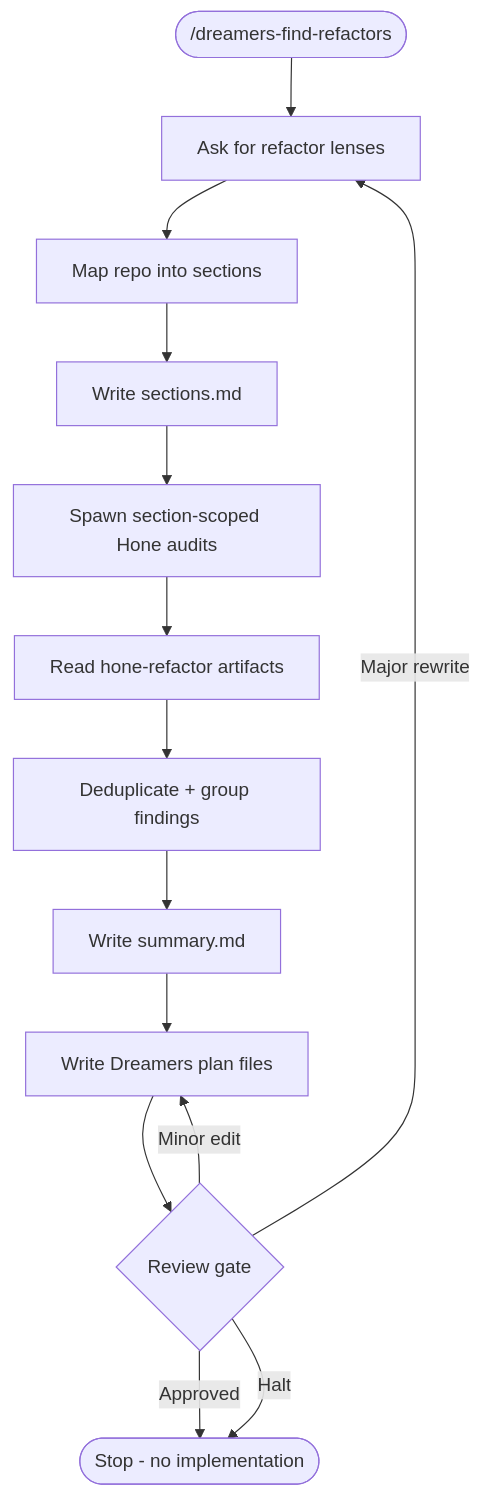
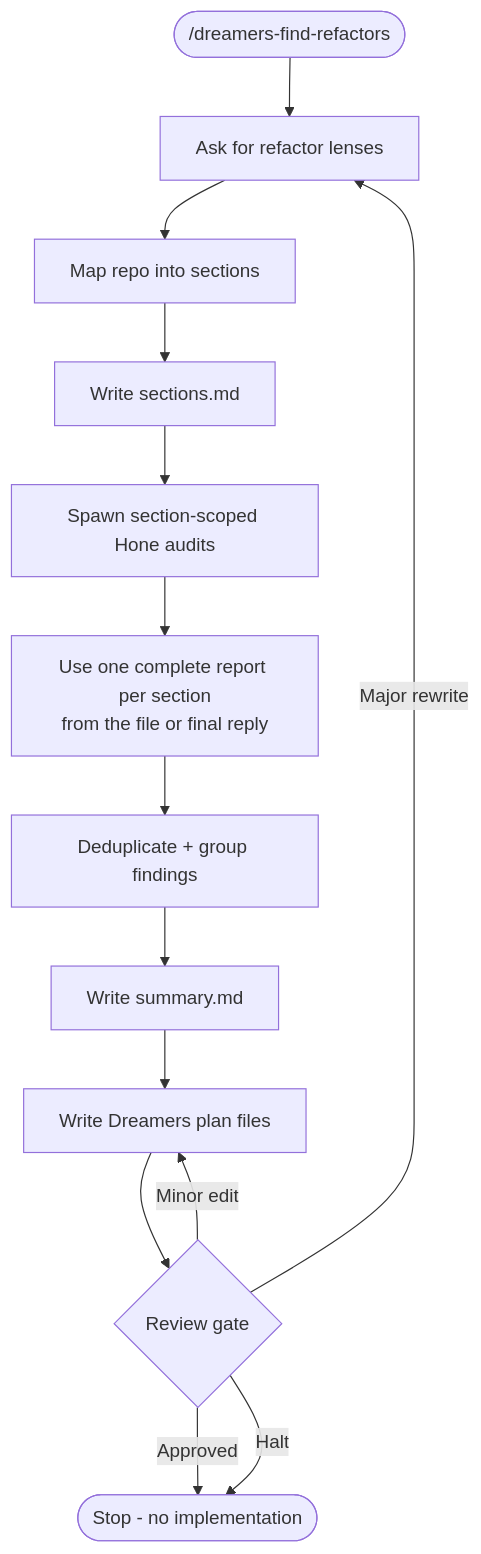
One commit to mrStorrs/dreamers-copilot changed the diagram in .github/skills/dreamers-find-refactors/readme.md. Above: the diagram before and after it, drawn with Mermaid. The commit also changed other lines of this file and 34 other files, not shown here.

````diff
--- a/.github/skills/dreamers-find-refactors/readme.md
+++ b/.github/skills/dreamers-find-refactors/readme.md
@@ -5,16 +5,16 @@
 ```mermaid
 flowchart TD
     Start(["/dreamers-find-refactors"]) --> Lens["Ask for refactor lenses"]
     Lens --> Section["Map repo into sections"]
     Section --> Manifest["Write sections.md"]
     Manifest --> Hone["Spawn section-scoped Hone audits"]
-    Hone --> Artifacts["Read hone-refactor artifacts"]
+    Hone --> Artifacts["Use one complete report per section<br/>from the file or final reply"]
     Artifacts --> Synthesis["Deduplicate + group findings"]
     Synthesis --> Summary["Write summary.md"]
     Summary --> Plans["Write Dreamers plan files"]
     Plans --> Gate{"Review gate"}
     Gate -->|Minor edit| Plans
     Gate -->|Major rewrite| Lens
     Gate -->|Approved| Stop(["Stop - no implementation"])
     Gate -->|Halt| Stop
 ```
````
